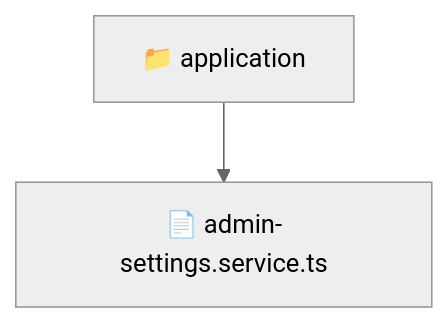
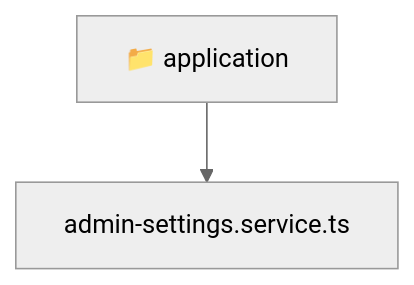
The diagram in backend/src/modules/admin-settings/application/README.md (beginwebdev2002/fullstack-mavluda), drawn with Mermaid (neutral theme) before and after one commit. The commit also changed other lines of this file and 167 other files, not shown here.

````diff
--- a/backend/src/modules/admin-settings/application/README.md
+++ b/backend/src/modules/admin-settings/application/README.md
@@ -9,5 +9,6 @@
 ```mermaid
 graph TD
-  Root["📁 application"]
-  Root --> admin_settings_service_ts["📄 admin-settings.service.ts"]
+  Root_application["📁 application"]
+  f_admin_settings_service_ts["admin-settings.service.ts"]
+  Root_application --> f_admin_settings_service_ts
 ```
````
